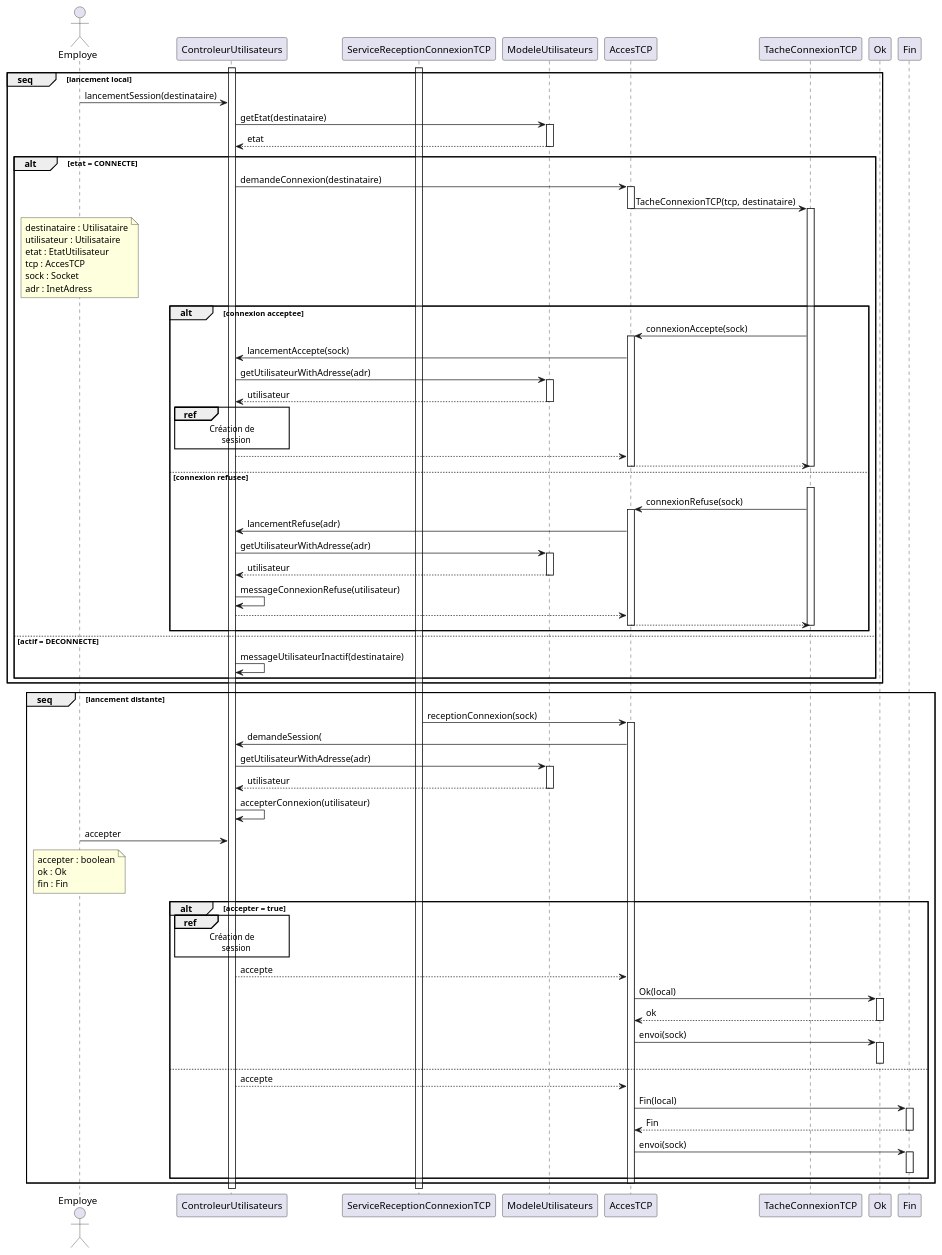
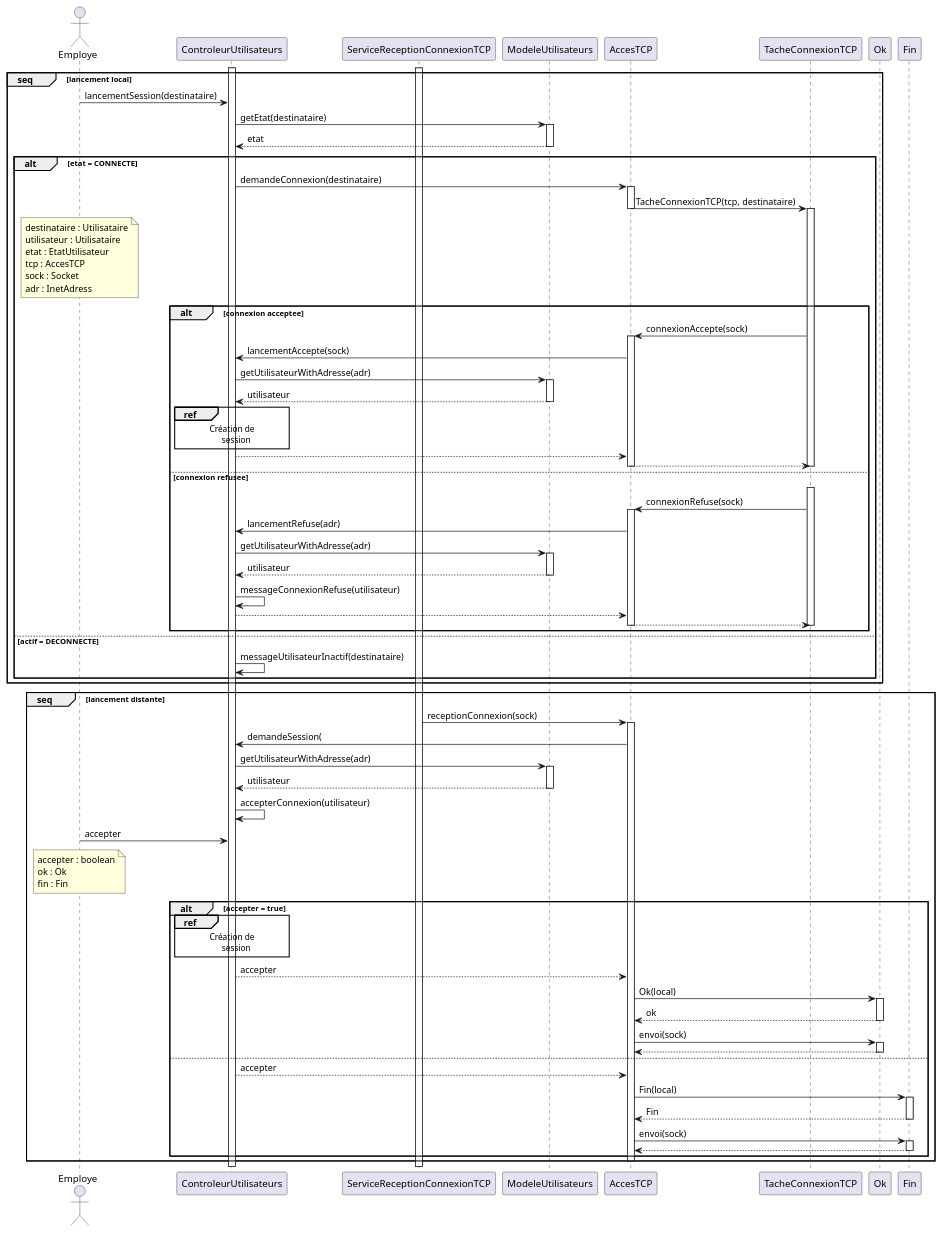
One commit to arc-hugo/clavardage_uml changed the diagram in sequence/lancement_session.wsd. Above: the diagram before and after it, drawn with PlantUML. The commit also changed 19 other files, not shown here.

Commit message:
version finale des diagrammes

```diff
--- a/sequence/lancement_session.wsd
+++ b/sequence/lancement_session.wsd
@@ -1,101 +1,103 @@
 @startuml lancement_session
 actor Employe
 activate ControleurUtilisateurs
 activate ServiceReceptionConnexionTCP
 group seq [lancement local]
     Employe -> ControleurUtilisateurs : lancementSession(destinataire)
     ControleurUtilisateurs -> ModeleUtilisateurs : getEtat(destinataire)
     activate ModeleUtilisateurs
     ModeleUtilisateurs --> ControleurUtilisateurs : etat
     deactivate ModeleUtilisateurs
     alt etat = CONNECTE
         ControleurUtilisateurs -> AccesTCP : demandeConnexion(destinataire)
         activate AccesTCP
         AccesTCP -> TacheConnexionTCP : TacheConnexionTCP(tcp, destinataire)
         note over Employe
         destinataire : Utilisataire
         utilisateur : Utilisataire
         etat : EtatUtilisateur
         tcp : AccesTCP
         sock : Socket
         adr : InetAdress
         end note
         deactivate AccesTCP
         activate TacheConnexionTCP
         alt connexion acceptee
             TacheConnexionTCP -> AccesTCP : connexionAccepte(sock)
             activate AccesTCP
             AccesTCP -> ControleurUtilisateurs : lancementAccepte(sock)
             ControleurUtilisateurs -> ModeleUtilisateurs : getUtilisateurWithAdresse(adr)
             activate ModeleUtilisateurs
             ModeleUtilisateurs --> ControleurUtilisateurs : utilisateur
             deactivate ModeleUtilisateurs
             ref over ControleurUtilisateurs
                 Création de
                     session
             end ref
             ControleurUtilisateurs --> AccesTCP
             AccesTCP --> TacheConnexionTCP
             deactivate AccesTCP
             deactivate TacheConnexionTCP
         else connexion refusee
             TacheConnexionTCP -[hidden]-> ControleurUtilisateurs
             activate TacheConnexionTCP
             TacheConnexionTCP -> AccesTCP : connexionRefuse(sock)
             activate AccesTCP
             AccesTCP -> ControleurUtilisateurs : lancementRefuse(adr)
             ControleurUtilisateurs -> ModeleUtilisateurs : getUtilisateurWithAdresse(adr)
             activate ModeleUtilisateurs
             ModeleUtilisateurs --> ControleurUtilisateurs : utilisateur
             deactivate ModeleUtilisateurs
             ControleurUtilisateurs -> ControleurUtilisateurs : messageConnexionRefuse(utilisateur)
             ControleurUtilisateurs --> AccesTCP
             AccesTCP --> TacheConnexionTCP
             deactivate AccesTCP
             deactivate TacheConnexionTCP
         end
     else actif = DECONNECTE
         ControleurUtilisateurs -> ControleurUtilisateurs : messageUtilisateurInactif(destinataire)
     end
 end
 group seq [lancement distante]
     ServiceReceptionConnexionTCP -> AccesTCP : receptionConnexion(sock)
     activate AccesTCP
     AccesTCP -> ControleurUtilisateurs : demandeSession(
     ControleurUtilisateurs -> ModeleUtilisateurs : getUtilisateurWithAdresse(adr)
     activate ModeleUtilisateurs
     ModeleUtilisateurs --> ControleurUtilisateurs : utilisateur
     deactivate ModeleUtilisateurs
     ControleurUtilisateurs -> ControleurUtilisateurs : accepterConnexion(utilisateur)
     Employe -> ControleurUtilisateurs : accepter
     note over Employe
     accepter : boolean
     ok : Ok
     fin : Fin
     end note
     alt accepter = true
         ref over ControleurUtilisateurs
             Création de
                 session
         end ref
-        ControleurUtilisateurs --> AccesTCP : accepte
+        ControleurUtilisateurs --> AccesTCP : accepter
         AccesTCP -> Ok : Ok(local)
         activate Ok
         Ok --> AccesTCP : ok
         deactivate Ok
         AccesTCP -> Ok : envoi(sock)
         activate Ok
+        Ok --> AccesTCP
         deactivate Ok
     else
-        ControleurUtilisateurs --> AccesTCP : accepte
+        ControleurUtilisateurs --> AccesTCP : accepter
         AccesTCP -> Fin : Fin(local)
         activate Fin
         Fin --> AccesTCP : Fin
         deactivate Fin
         AccesTCP -> Fin : envoi(sock)
         activate Fin
+        Fin --> AccesTCP
         deactivate Fin
     end
     deactivate AccesTCP
 end
 @enduml
```
